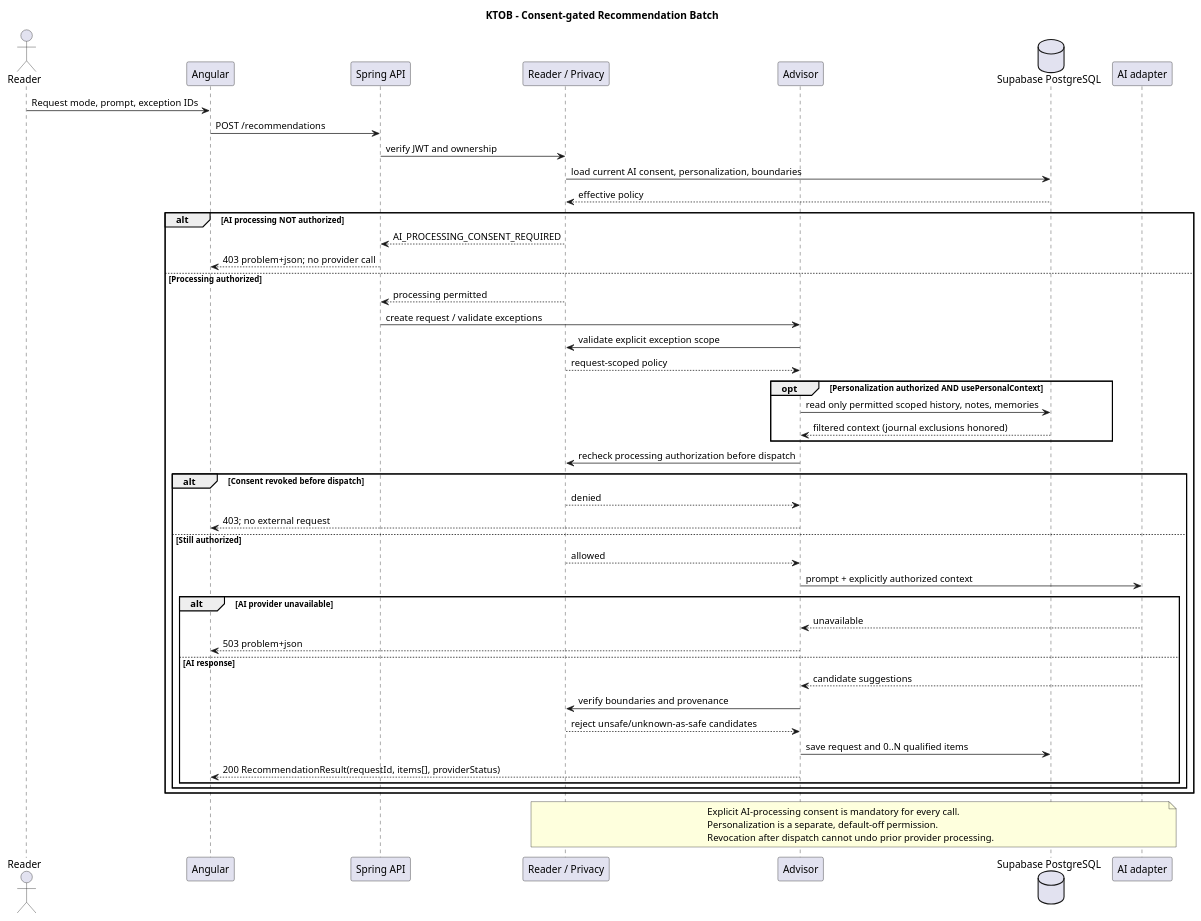
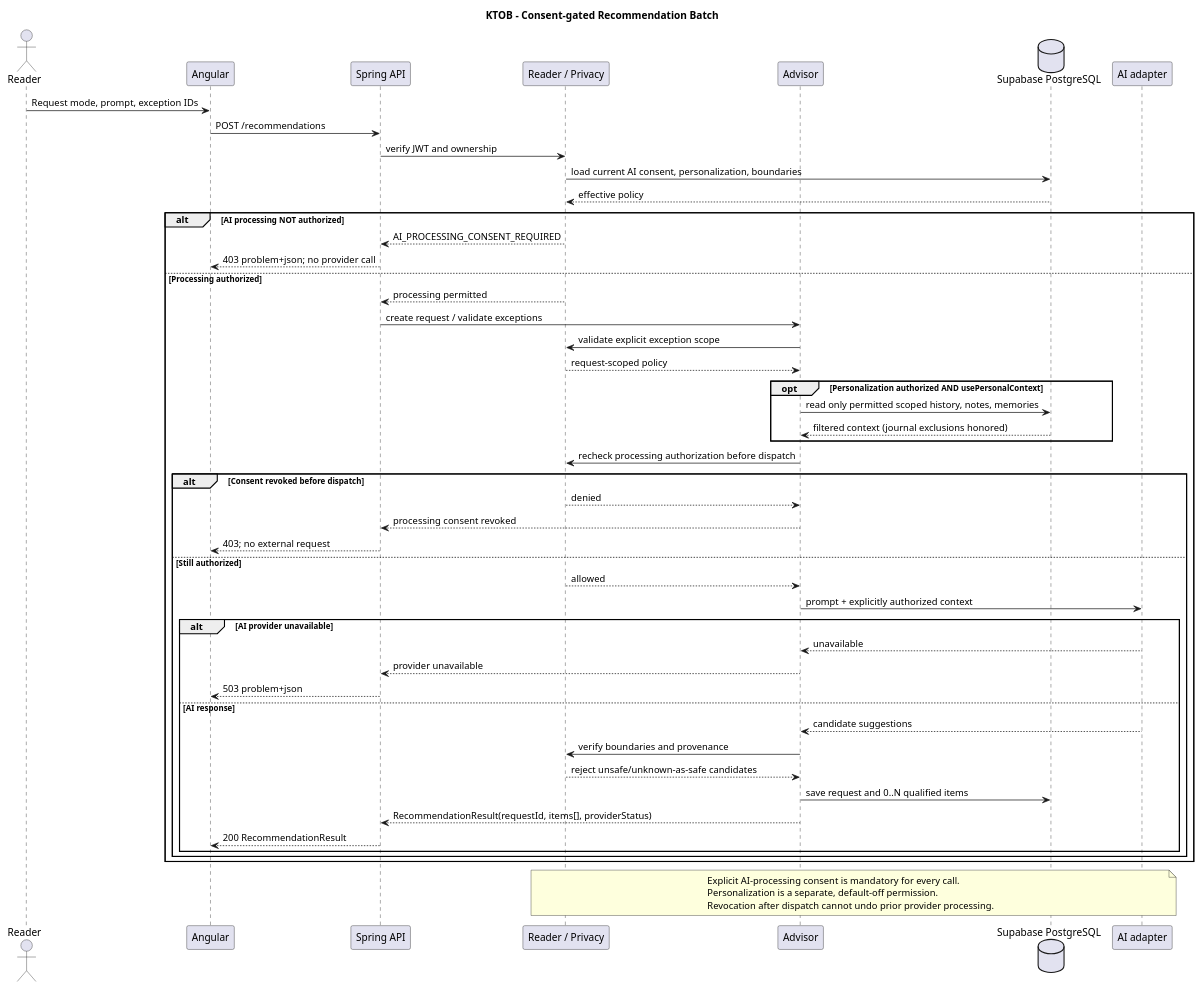
The diagram in docs/uml/09-sequence-recommendation.puml (Adam-BArbia/ktob-literary-companion), drawn with PlantUML before and after one commit. The commit also changed 6 other files, not shown here.

Commit message:
docs(uml): route all responses through API and harden real SVG validation

```diff
--- a/docs/uml/09-sequence-recommendation.puml
+++ b/docs/uml/09-sequence-recommendation.puml
@@ -1,51 +1,54 @@
 @startuml KTOB_09_sequence_recommendation
 title KTOB - Consent-gated Recommendation Batch
 actor Reader
 participant "Angular" as UI
 participant "Spring API" as API
 participant "Reader / Privacy" as Privacy
 participant "Advisor" as Advisor
 database "Supabase PostgreSQL" as DB
 participant "AI adapter" as AI
 Reader -> UI : Request mode, prompt, exception IDs
 UI -> API : POST /recommendations
 API -> Privacy : verify JWT and ownership
 Privacy -> DB : load current AI consent, personalization, boundaries
 DB --> Privacy : effective policy
 alt AI processing NOT authorized
  Privacy --> API : AI_PROCESSING_CONSENT_REQUIRED
  API --> UI : 403 problem+json; no provider call
 else Processing authorized
  Privacy --> API : processing permitted
  API -> Advisor : create request / validate exceptions
  Advisor -> Privacy : validate explicit exception scope
  Privacy --> Advisor : request-scoped policy
  opt Personalization authorized AND usePersonalContext
   Advisor -> DB : read only permitted scoped history, notes, memories
   DB --> Advisor : filtered context (journal exclusions honored)
  end
  Advisor -> Privacy : recheck processing authorization before dispatch
  alt Consent revoked before dispatch
   Privacy --> Advisor : denied
-  Advisor --> UI : 403; no external request
+  Advisor --> API : processing consent revoked
+API --> UI : 403; no external request
  else Still authorized
   Privacy --> Advisor : allowed
   Advisor -> AI : prompt + explicitly authorized context
   alt AI provider unavailable
    AI --> Advisor : unavailable
-   Advisor --> UI : 503 problem+json
+   Advisor --> API : provider unavailable
+API --> UI : 503 problem+json
   else AI response
    AI --> Advisor : candidate suggestions
    Advisor -> Privacy : verify boundaries and provenance
    Privacy --> Advisor : reject unsafe/unknown-as-safe candidates
    Advisor -> DB : save request and 0..N qualified items
-   Advisor --> UI : 200 RecommendationResult(requestId, items[], providerStatus)
+   Advisor --> API : RecommendationResult(requestId, items[], providerStatus)
+API --> UI : 200 RecommendationResult
   end
  end
 end
 note over Privacy,AI
 Explicit AI-processing consent is mandatory for every call.
 Personalization is a separate, default-off permission.
 Revocation after dispatch cannot undo prior provider processing.
 end note
 @enduml
```
